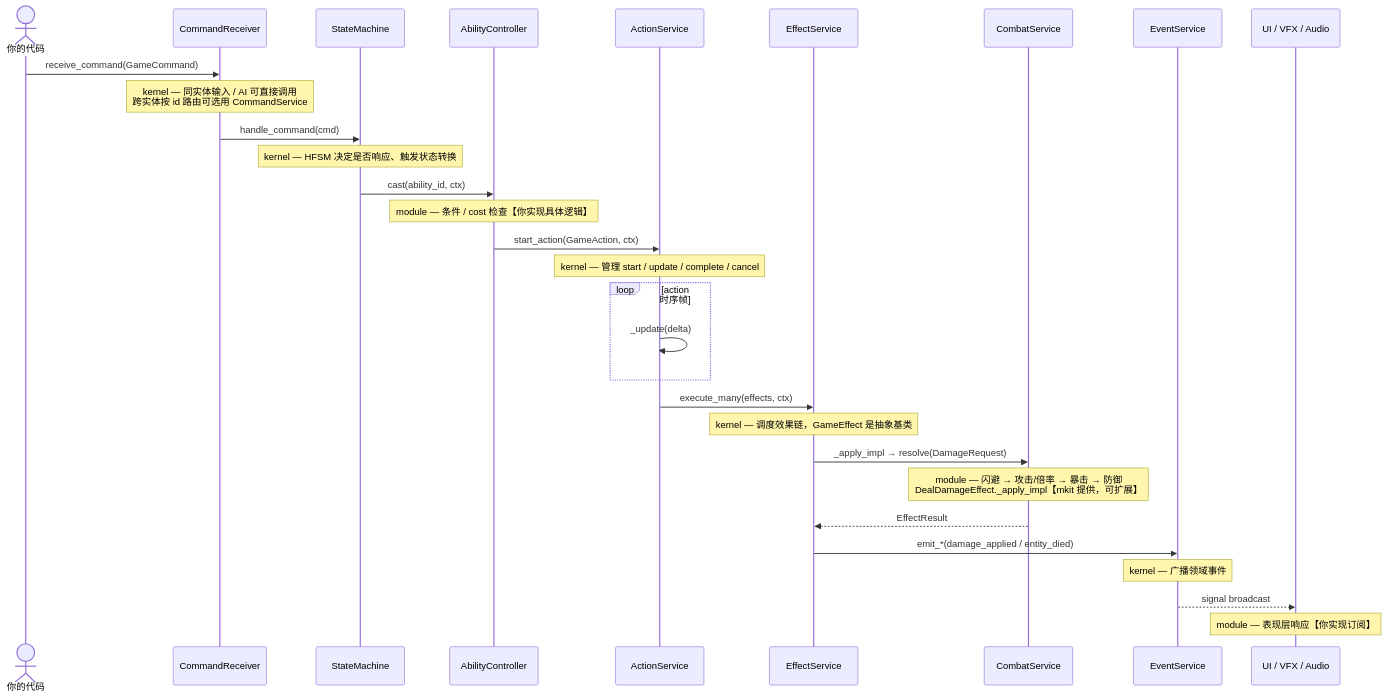
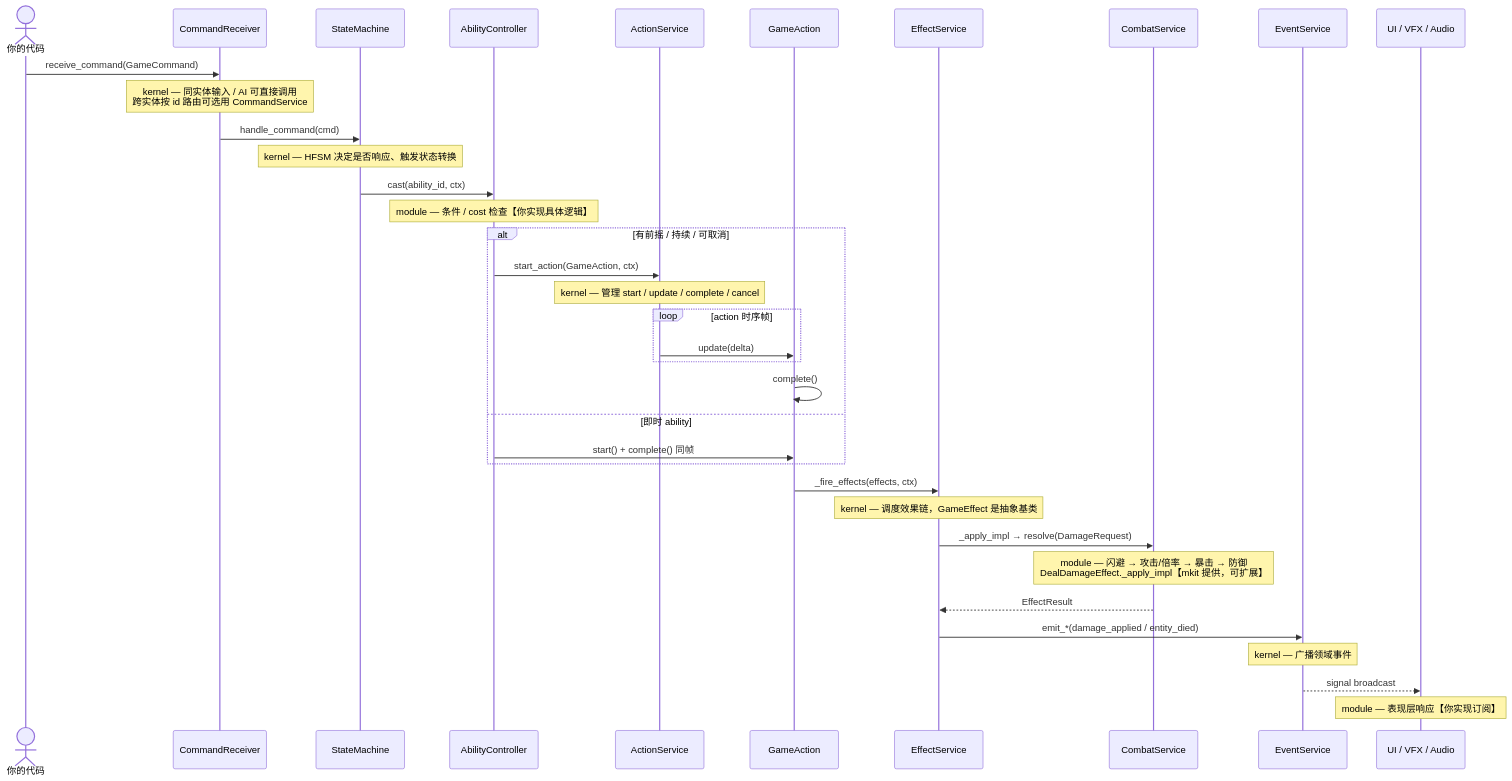
The second of 2 diagrams in docs/readme.md (xiaofeiqiu/mkit), drawn with Mermaid before and after one commit. The commit also changed other lines of this file and 57 other files, not shown here.

````diff
--- a/docs/readme.md
+++ b/docs/readme.md
@@ -38,42 +47,47 @@
 ```mermaid
 sequenceDiagram
     actor You as 你的代码
     participant CR as CommandReceiver
     participant SM as StateMachine
     participant AC as AbilityController
     participant ActSvc as ActionService
+    participant GA as GameAction
     participant FxSvc as EffectService
     participant CbtSvc as CombatService
     participant EvtSvc as EventService
     participant UI as UI / VFX / Audio
 
     You->>CR: receive_command(GameCommand)
     Note over CR: kernel — 同实体输入 / AI 可直接调用<br/>跨实体按 id 路由可选用 CommandService
 
     CR->>SM: handle_command(cmd)
     Note over SM: kernel — HFSM 决定是否响应、触发状态转换
 
     SM->>AC: cast(ability_id, ctx)
     Note over AC: module — 条件 / cost 检查【你实现具体逻辑】
 
-    AC->>ActSvc: start_action(GameAction, ctx)
-    Note over ActSvc: kernel — 管理 start / update / complete / cancel
-
-    loop action 时序帧
-        ActSvc->>ActSvc: _update(delta)
+    alt 有前摇 / 持续 / 可取消
+        AC->>ActSvc: start_action(GameAction, ctx)
+        Note over ActSvc: kernel — 管理 start / update / complete / cancel
+        loop action 时序帧
+            ActSvc->>GA: update(delta)
+        end
+        GA->>GA: complete()
+    else 即时 ability
+        AC->>GA: start() + complete() 同帧
     end
 
-    ActSvc->>FxSvc: execute_many(effects, ctx)
+    GA->>FxSvc: _fire_effects(effects, ctx)
     Note over FxSvc: kernel — 调度效果链，GameEffect 是抽象基类
 
     FxSvc->>CbtSvc: _apply_impl → resolve(DamageRequest)
     Note over CbtSvc: module — 闪避 → 攻击/倍率 → 暴击 → 防御<br/>DealDamageEffect._apply_impl【mkit 提供，可扩展】
 
     CbtSvc-->>FxSvc: EffectResult
 
     FxSvc->>EvtSvc: emit_*(damage_applied / entity_died)
     Note over EvtSvc: kernel — 广播领域事件
 
     EvtSvc-->>UI: signal broadcast
     Note over UI: module — 表现层响应【你实现订阅】
 ```
````
